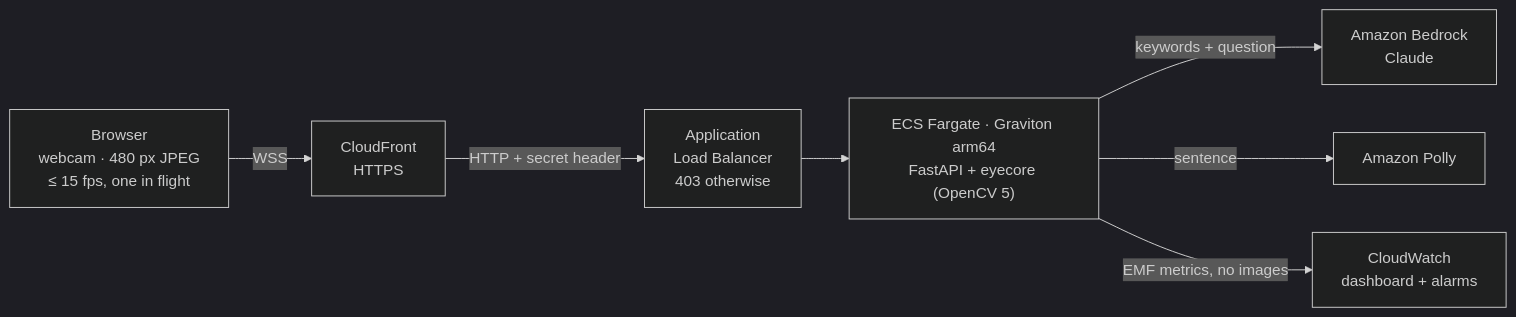
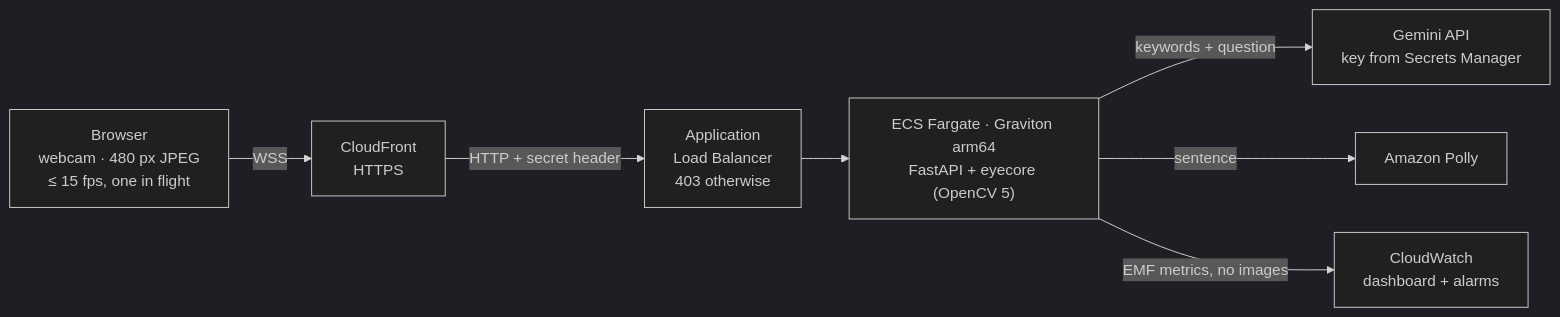
Before and after one commit to mridulbansal4/Vakyam_2: the diagram in eyelab/README.md, drawn with Mermaid (dark theme). The commit also changed other lines of this file and 20 other files, not shown here.

First line of the commit message:
feat(eyelab): write sentences and run the Calibration Coach with Gemini, key read from Secrets Manager

````diff
--- a/eyelab/README.md
+++ b/eyelab/README.md
@@ -8,9 +8,9 @@
 ```mermaid
 flowchart LR
     B["Browser<br/>webcam · 480 px JPEG<br/>≤ 15 fps, one in flight"] -- "WSS" --> CF["CloudFront<br/>HTTPS"]
     CF -- "HTTP + secret header" --> ALB["Application<br/>Load Balancer<br/>403 otherwise"]
     ALB --> T["ECS Fargate · Graviton arm64<br/>FastAPI + eyecore (OpenCV 5)"]
-    T -- "keywords + question" --> BR["Amazon Bedrock<br/>Claude"]
+    T -- "keywords + question" --> G["Gemini API<br/>key from Secrets Manager"]
     T -- "sentence" --> P["Amazon Polly"]
     T -- "EMF metrics, no images" --> CW["CloudWatch<br/>dashboard + alarms"]
 ```
````
